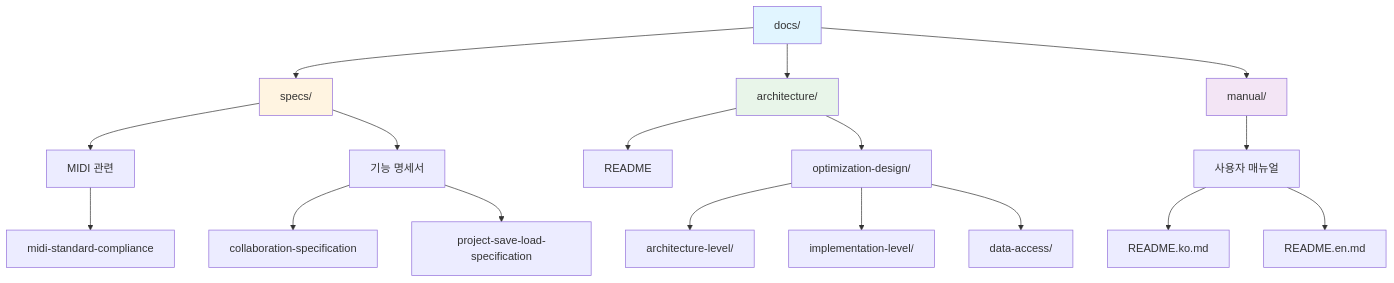
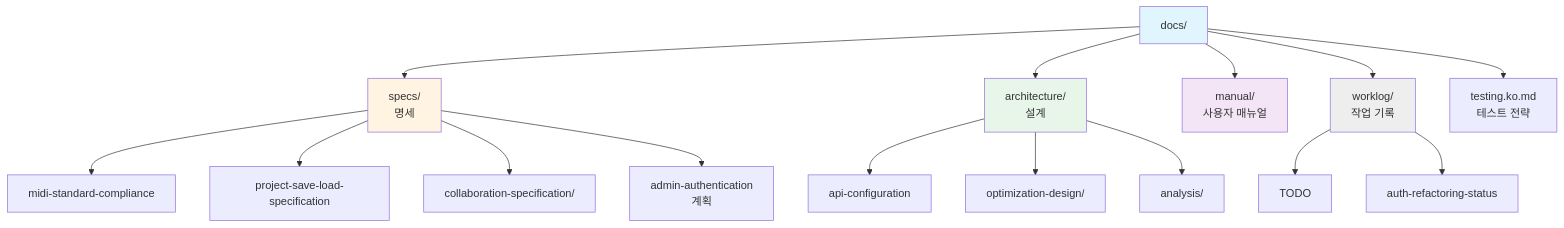
One commit to JaceDashS/online-sequencer changed the diagram in docs/README.ko.md. Above: the diagram before and after it, drawn with Mermaid. The commit also changed other lines of this file and 55 other files, not shown here.

````diff
--- a/docs/README.ko.md
+++ b/docs/README.ko.md
@@ -15,30 +13,26 @@
 ```mermaid
 graph TB
-    A[docs/] --> B[specs/]
-    A --> C[architecture/]
-    A --> D[manual/]
-    
-    B --> B1[MIDI 관련]
-    B --> B2[기능 명세서]
-    
-    B1 --> B1a[midi-standard-compliance]
-    
-    B2 --> B2a[collaboration-specification]
-    B2 --> B2b[project-save-load-specification]
-    
-    C --> C1[README]
+    A[docs/] --> B[specs/<br/>명세]
+    A --> C[architecture/<br/>설계]
+    A --> D[manual/<br/>사용자 매뉴얼]
+    A --> E[worklog/<br/>작업 기록]
+    A --> F[testing.ko.md<br/>테스트 전략]
+
+    B --> B1[midi-standard-compliance]
+    B --> B2[project-save-load-specification]
+    B --> B3[collaboration-specification/]
+    B --> B4[admin-authentication<br/>계획]
+
+    C --> C1[api-configuration]
     C --> C2[optimization-design/]
-    
-    C2 --> C2a[architecture-level/]
-    C2 --> C2b[implementation-level/]
-    C2 --> C2c[data-access/]
-    
-    D --> D1[사용자 매뉴얼]
-    D1 --> D1a[README.ko.md]
-    D1 --> D1b[README.en.md]
-    
+    C --> C3[analysis/]
+
+    E --> E1[TODO]
+    E --> E2[auth-refactoring-status]
+
     style A fill:#e1f5ff
     style B fill:#fff4e1
     style C fill:#e8f5e9
     style D fill:#f3e5f5
+    style E fill:#eeeeee
 ```
````
